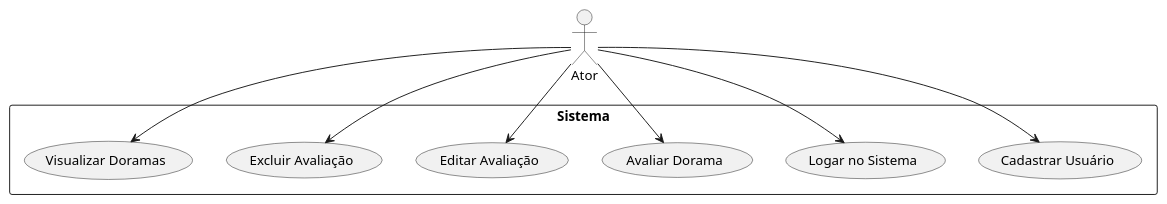
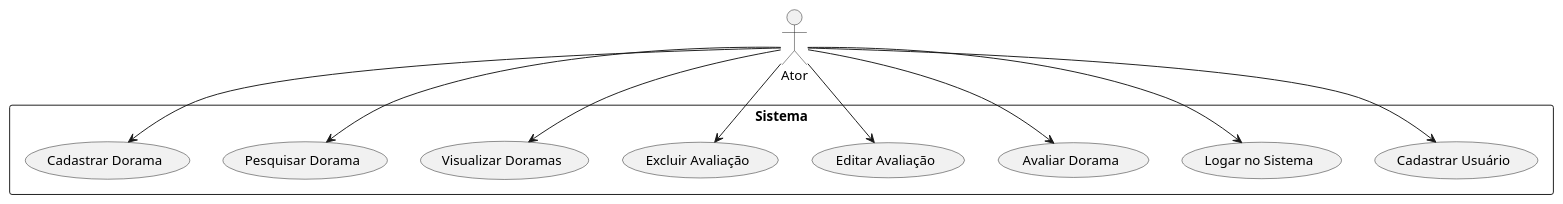
Before and after one commit to KaioHenr/Trab1-PS: the diagram in Trab1-PS/diagramas/diagramas_plantuml/diagrama_de_casos_de_uso.plantuml, drawn with PlantUML. The commit also changed 5 other files, not shown here.

Commit message:
update diagrama: diagramas

```diff
--- a/Trab1-PS/diagramas/diagramas_plantuml/diagrama_de_casos_de_uso.plantuml
+++ b/Trab1-PS/diagramas/diagramas_plantuml/diagrama_de_casos_de_uso.plantuml
@@ -1,19 +1,23 @@
 @startuml
 actor Usuario as "Ator"
 
 rectangle Sistema {
     usecase "Cadastrar Usuário" as UC_CadastrarUsuario
     usecase "Logar no Sistema" as UC_Logar
     usecase "Avaliar Dorama" as UC_AvaliarDorama
     usecase "Editar Avaliação" as UC_EditarAvaliacao
     usecase "Excluir Avaliação" as UC_ExcluirAvaliacao
     usecase "Visualizar Doramas" as UC_VisualizarDoramas
+    usecase "Pesquisar Dorama" as UC_PesquisarDorama
+    usecase "Cadastrar Dorama" as UC_CadastrarDorama
 }
 
 Usuario --> UC_CadastrarUsuario
 Usuario --> UC_Logar
 Usuario --> UC_AvaliarDorama
 Usuario --> UC_EditarAvaliacao
 Usuario --> UC_ExcluirAvaliacao
 Usuario --> UC_VisualizarDoramas
+Usuario --> UC_PesquisarDorama
+Usuario --> UC_CadastrarDorama
 @enduml
```
